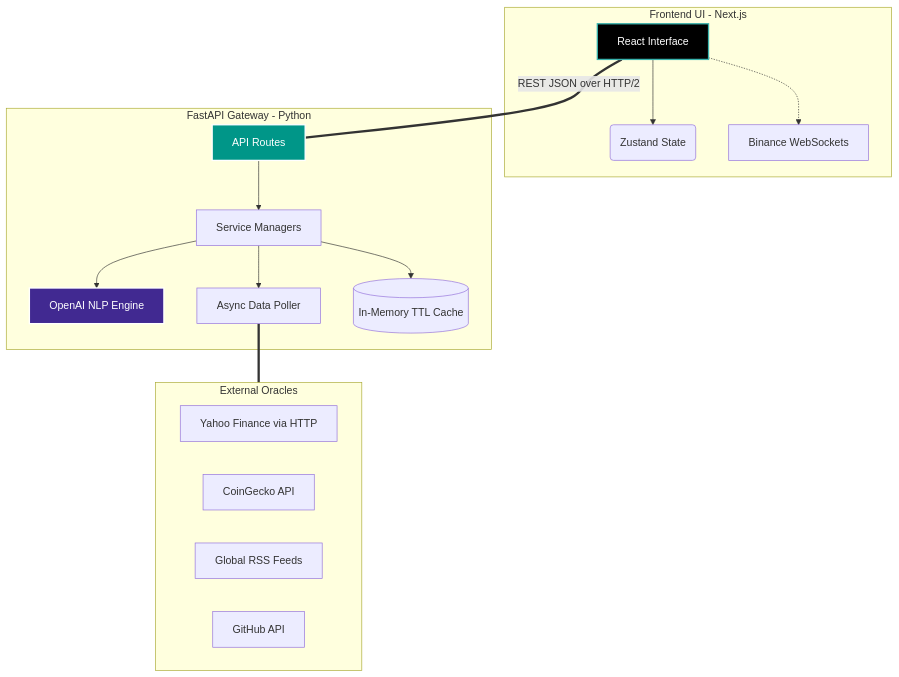
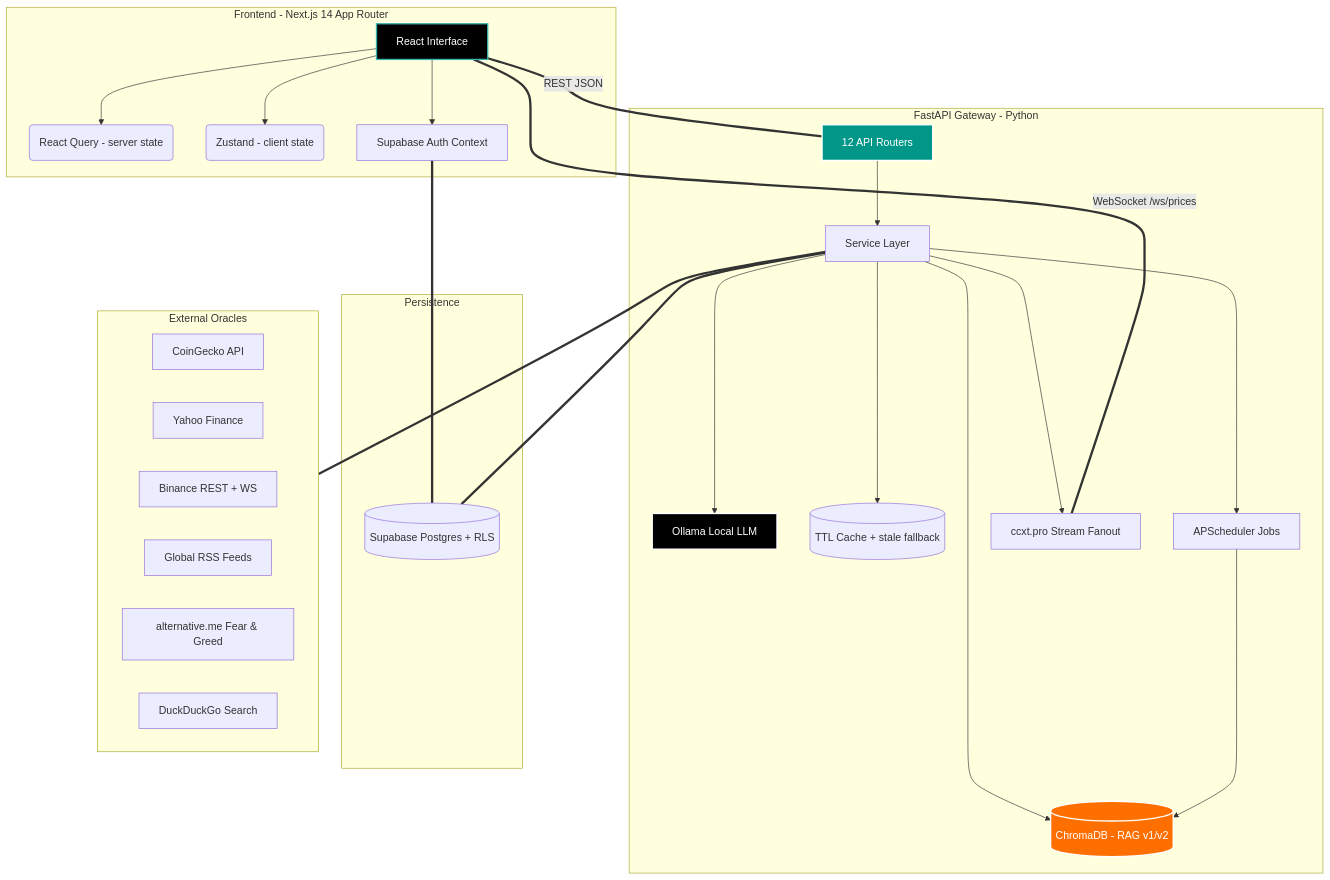
The diagram in README.md (Yigtwxx/OracleX), drawn with Mermaid before and after one commit. The commit also changed other lines of this file, not shown here.

Commit message:
feat: implement modular LLM provider architecture, user-configurable settings, and expanded RAG orchestration services with comprehensive test coverage.

````diff
--- a/README.md
+++ b/README.md
@@ -82,28 +100,42 @@
 ```mermaid
 graph TD;
-    subgraph Client [Frontend UI - Next.js]
-    UI[React Interface] --> Zustand(Zustand State)
-    UI -.-> WS_Binance[Binance WebSockets]
+    subgraph Client [Frontend - Next.js 14 App Router]
+    UI[React Interface] --> RQ(React Query - server state)
+    UI --> Zustand(Zustand - client state)
+    UI --> Auth[Supabase Auth Context]
     end
 
     subgraph API [FastAPI Gateway - Python]
-    Router[API Routes] --> Manager[Service Managers]
-    Manager --> LLM[OpenAI NLP Engine]
-    Manager --> Poller[Async Data Poller]
-    Manager --> Redis[(In-Memory TTL Cache)]
+    Router[12 API Routers] --> Manager[Service Layer]
+    Manager --> LLM[Ollama Local LLM]
+    Manager --> RAG[(ChromaDB - RAG v1/v2)]
+    Manager --> Cache[(TTL Cache + stale fallback)]
+    Manager --> Sched[APScheduler Jobs]
+    Manager --> WSS[ccxt.pro Stream Fanout]
+    end
+
+    subgraph Data [Persistence]
+    SB[(Supabase Postgres + RLS)]
     end
 
     subgraph External [External Oracles]
-    Yahoo[Yahoo Finance via HTTP]
     CG[CoinGecko API]
+    YF[Yahoo Finance]
+    BN[Binance REST + WS]
     RSS[Global RSS Feeds]
-    GH[GitHub API]
+    FG[alternative.me Fear & Greed]
+    DDG[DuckDuckGo Search]
     end
 
-    UI ===|REST JSON over HTTP/2| Router
-    Poller === External
-    
+    UI ===|REST JSON| Router
+    UI ===|WebSocket /ws/prices| WSS
+    Auth === SB
+    Manager === SB
+    Manager === External
+    Sched --> RAG
+
     style UI fill:#000000,stroke:#38B2AC,stroke-width:2px,color:#fff
     style Router fill:#009688,stroke:#fff,stroke-width:2px,color:#fff
-    style LLM fill:#412991,stroke:#fff,stroke-width:2px,color:#fff
+    style LLM fill:#000000,stroke:#fff,stroke-width:2px,color:#fff
+    style RAG fill:#FF6F00,stroke:#fff,stroke-width:2px,color:#fff
 ```
````
